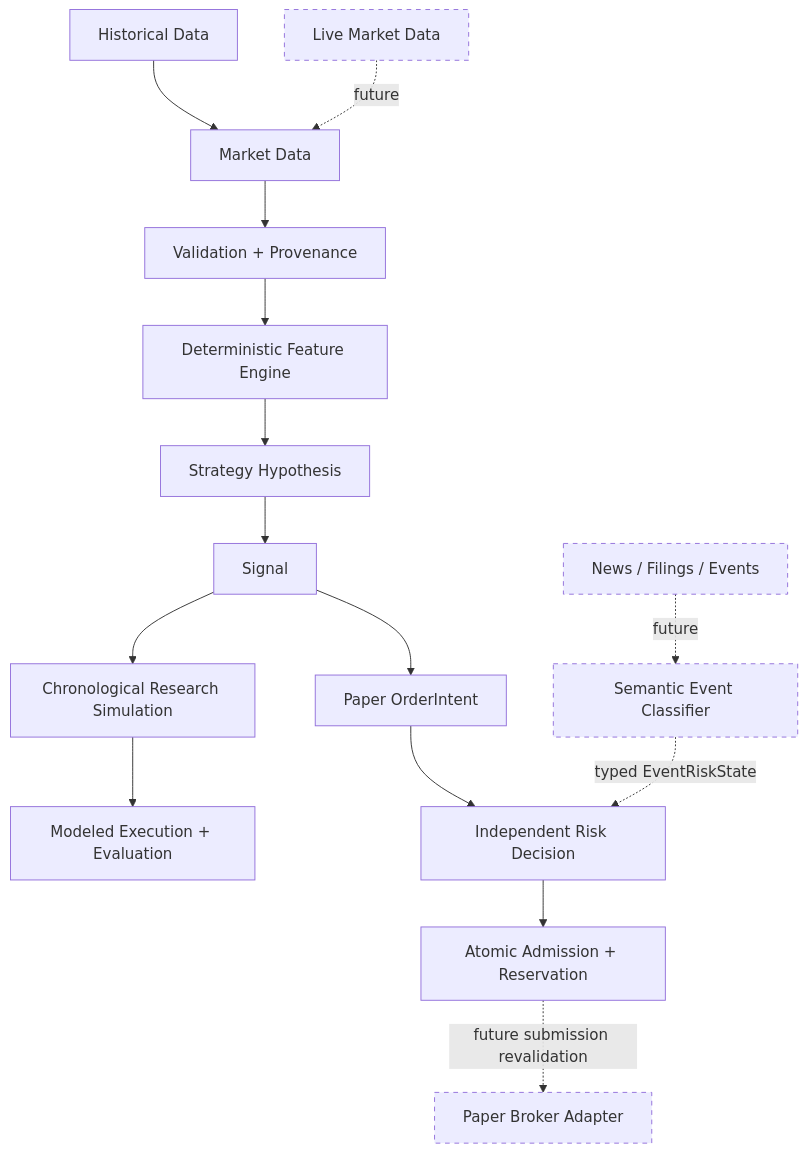
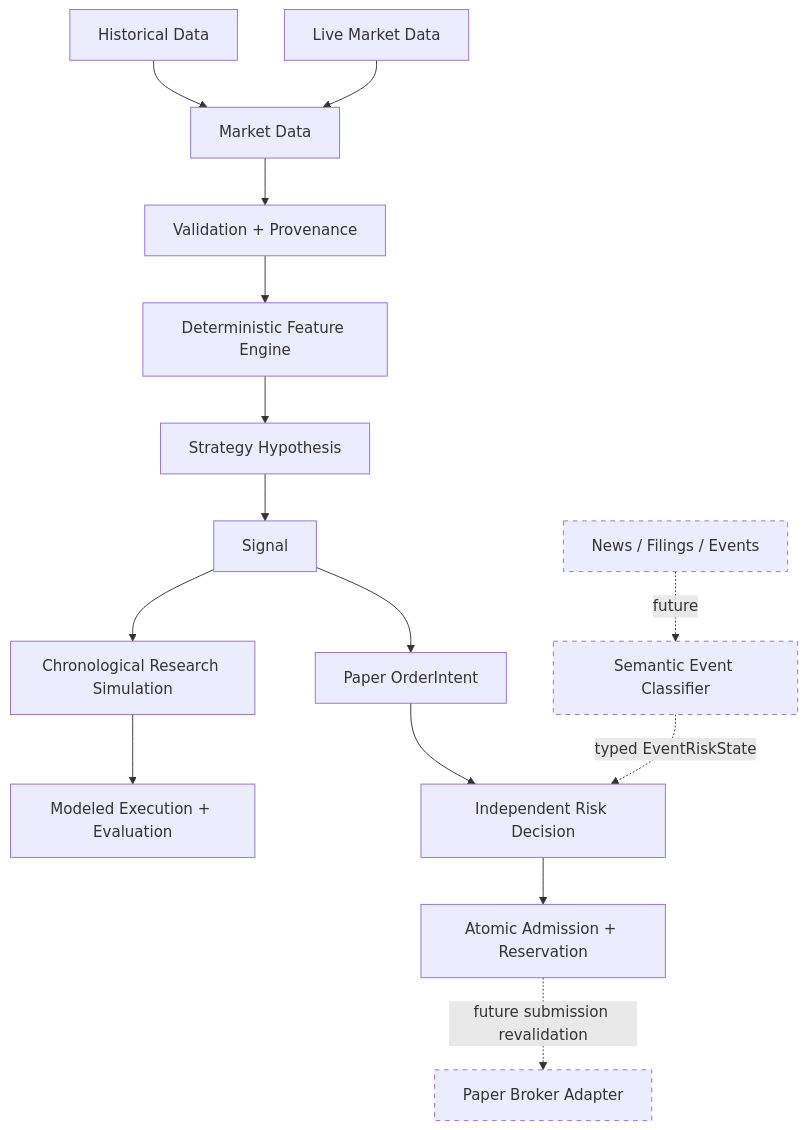
One commit to jayjz/SHAD0W changed the first of 2 diagrams in README.md. Above: the diagram before and after it, drawn with Mermaid. The commit also changed other lines of this file and 8 other files, not shown here.

````diff
--- a/README.md
+++ b/README.md
@@ -85,25 +85,24 @@
 ```mermaid
 flowchart TD
     A["Market Data"] --> B["Validation + Provenance"]
     B --> C["Deterministic Feature Engine"]
     C --> D["Strategy Hypothesis"]
     D --> E["Signal"]
 
     E --> F["Chronological Research Simulation"]
     F --> G["Modeled Execution + Evaluation"]
 
     E --> H["Paper OrderIntent"]
     H --> I["Independent Risk Decision"]
     I --> J["Atomic Admission + Reservation"]
     J -. future submission revalidation .-> O["Paper Broker Adapter"]
 
     K["News / Filings / Events"] -. future .-> L["Semantic Event Classifier"]
     L -. typed EventRiskState .-> I
 
     M["Historical Data"] --> A
-    N["Live Market Data"] -. future .-> A
+    N["Live Market Data"] --> A
     style K stroke-dasharray: 5 5
     style L stroke-dasharray: 5 5
-    style N stroke-dasharray: 5 5
     style O stroke-dasharray: 5 5
 ```
````
